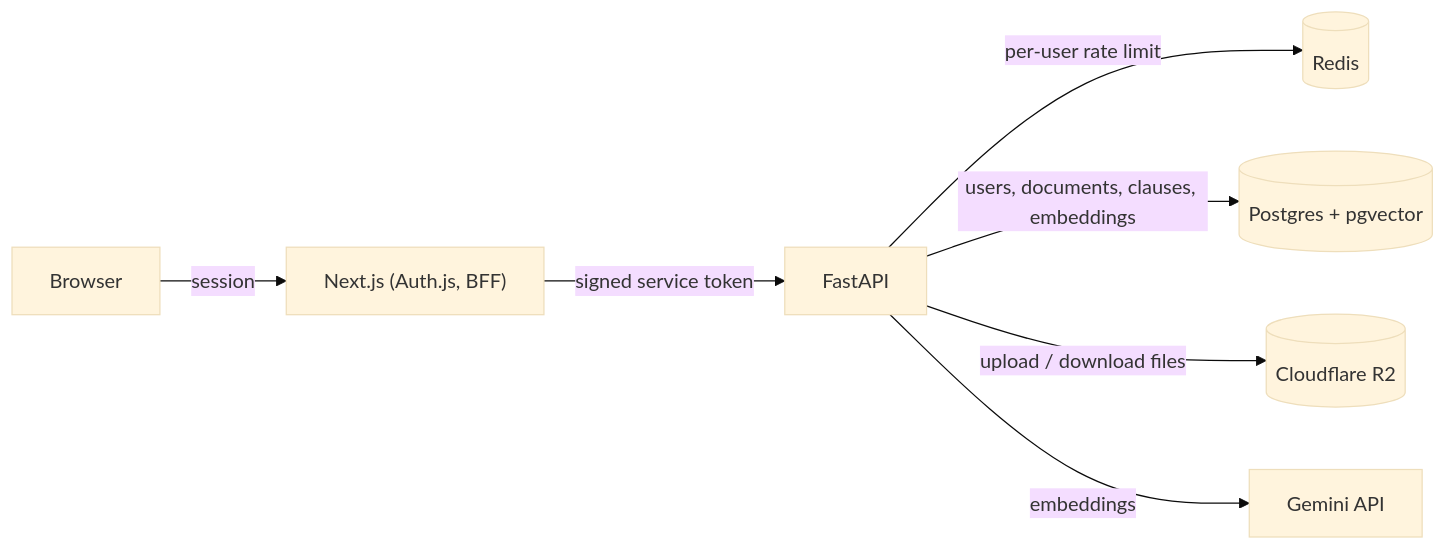
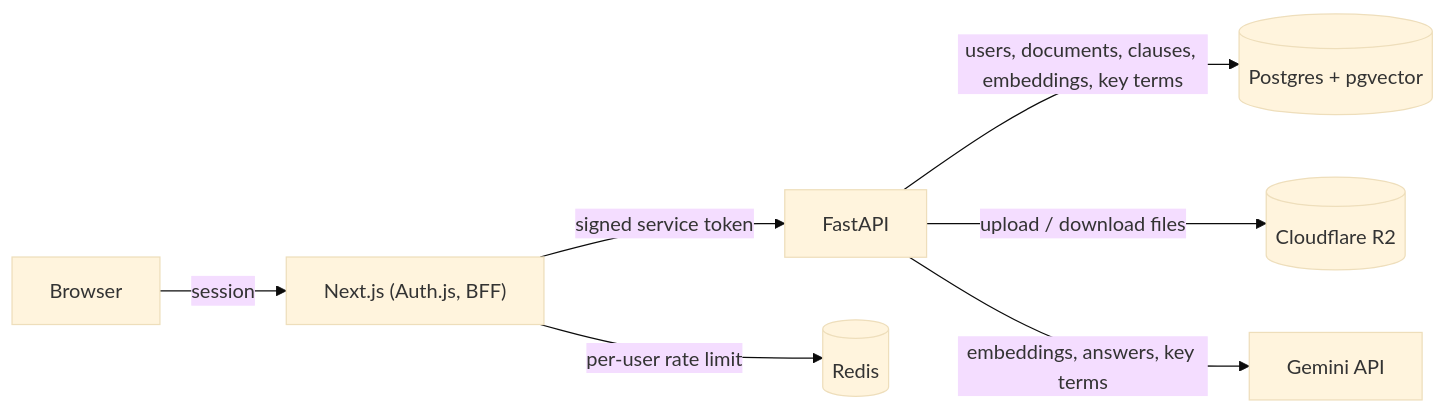
Before and after one commit to iamshrey10/Brief: the diagram in README.md, drawn with Mermaid (base theme). The commit also changed other lines of this file, not shown here.

````diff
--- a/README.md
+++ b/README.md
@@ -19,17 +36,17 @@
 ```mermaid
 flowchart LR
     Browser["Browser"]
     Web["Next.js (Auth.js, BFF)"]
     API["FastAPI"]
     DB[("Postgres + pgvector")]
     Redis[("Redis")]
     R2[("Cloudflare R2")]
     Gemini["Gemini API"]
 
     Browser -- session --> Web
+    Web -- per-user rate limit --> Redis
     Web -- signed service token --> API
-    API -- per-user rate limit --> Redis
-    API -- users, documents, clauses, embeddings --> DB
+    API -- users, documents, clauses, embeddings, key terms --> DB
     API -- upload / download files --> R2
-    API -- embeddings --> Gemini
+    API -- embeddings, answers, key terms --> Gemini
 ```
````
